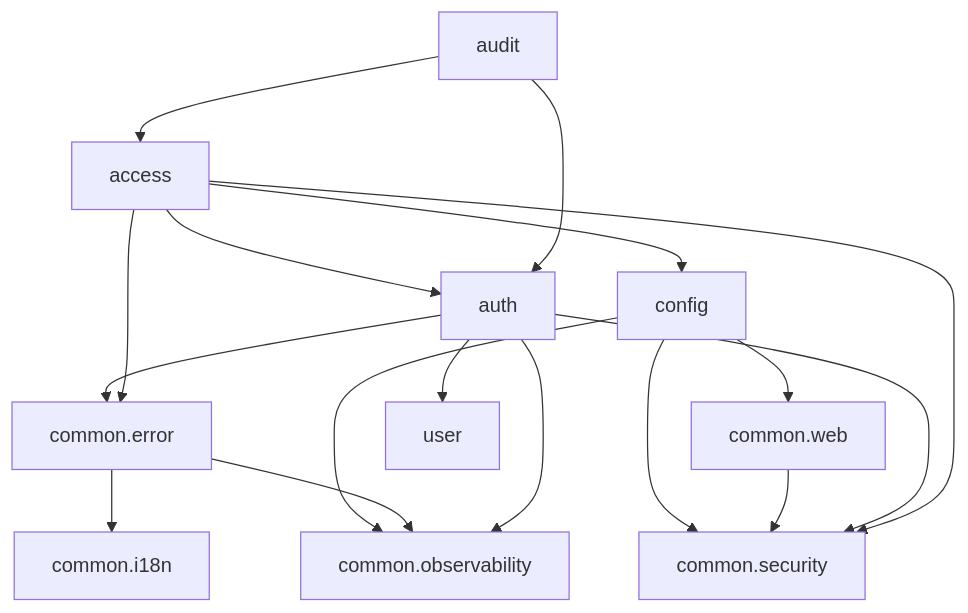
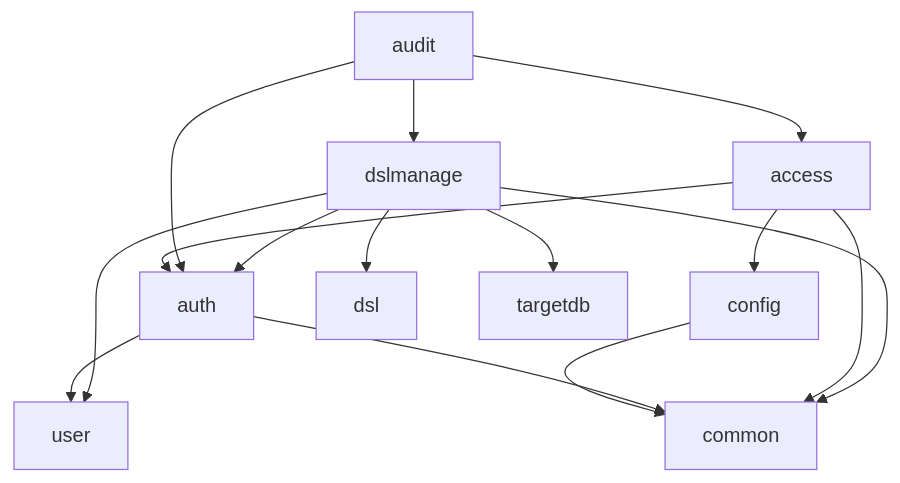
One commit to agwlvssainokuni/mastersmith2 changed the diagram in aidlc/spaces/default/codekb/mastersmith2/dependencies.md. Above: the diagram before and after it, drawn with Mermaid. The commit also changed other lines of this file and 14 other files, not shown here.

````diff
--- a/aidlc/spaces/default/codekb/mastersmith2/dependencies.md
+++ b/aidlc/spaces/default/codekb/mastersmith2/dependencies.md
@@ -33,19 +38,17 @@
 ```mermaid
 flowchart TD
-  config --> common_security["common.security"]
-  config --> common_web["common.web"]
-  config --> common_observability["common.observability"]
-  common_web --> common_security
-  common_error["common.error"] --> common_i18n["common.i18n"]
-  common_error --> common_observability
+  config --> common
   auth --> user
-  auth --> common_error
-  auth --> common_security
-  auth --> common_observability
+  auth --> common
   access --> auth
-  access --> common_error
-  access --> common_security
+  access --> common
   access --> config
   audit --> auth
   audit --> access
+  audit --> dslmanage
+  dslmanage --> dsl
+  dslmanage --> targetdb
+  dslmanage --> user
+  dslmanage --> auth
+  dslmanage --> common
 ```
````
